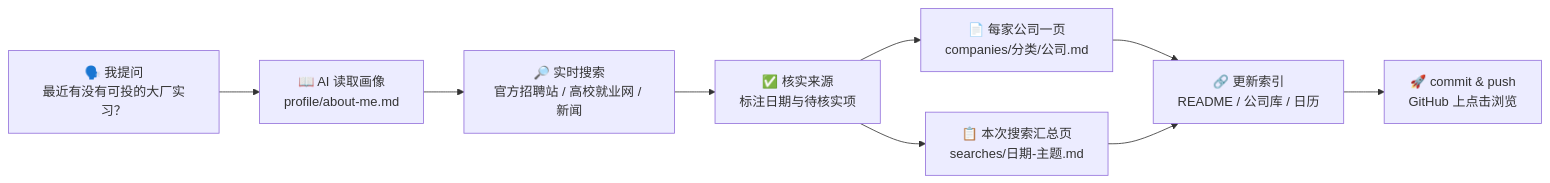
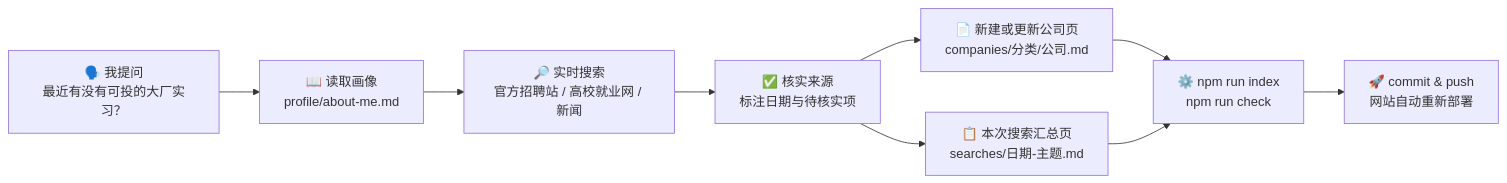
Before and after one commit to 1739467001-svg/Internship-Application: the second of 2 diagrams in guides/how-it-works.md, drawn with Mermaid. The commit also changed other lines of this file and 51 other files, not shown here.

````diff
--- a/guides/how-it-works.md
+++ b/guides/how-it-works.md
@@ -20,11 +44,11 @@
 ```mermaid
 flowchart LR
-    A["🗣️ 我提问<br/>最近有没有可投的大厂实习？"] --> B["📖 AI 读取画像<br/>profile/about-me.md"]
+    A["🗣️ 我提问<br/>最近有没有可投的大厂实习？"] --> B["📖 读取画像<br/>profile/about-me.md"]
     B --> C["🔎 实时搜索<br/>官方招聘站 / 高校就业网 / 新闻"]
     C --> D["✅ 核实来源<br/>标注日期与待核实项"]
-    D --> E["📄 每家公司一页<br/>companies/分类/公司.md"]
+    D --> E["📄 新建或更新公司页<br/>companies/分类/公司.md"]
     D --> F["📋 本次搜索汇总页<br/>searches/日期-主题.md"]
-    E --> G["🔗 更新索引<br/>README / 公司库 / 日历"]
+    E --> G["⚙️ npm run index<br/>npm run check"]
     F --> G
-    G --> H["🚀 commit & push<br/>GitHub 上点击浏览"]
+    G --> H["🚀 commit & push<br/>网站自动重新部署"]
 ```
````
